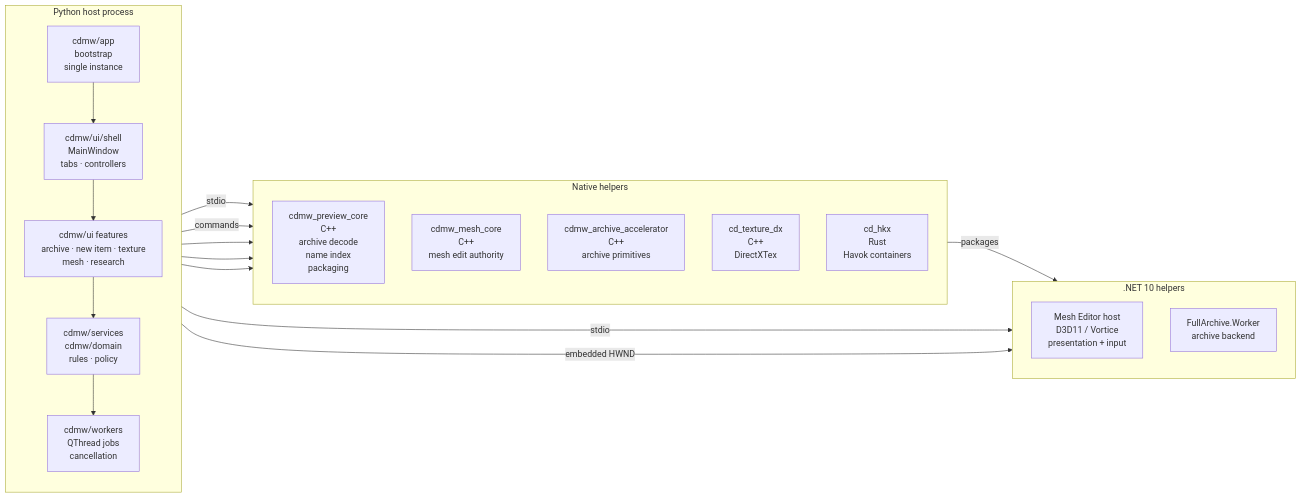
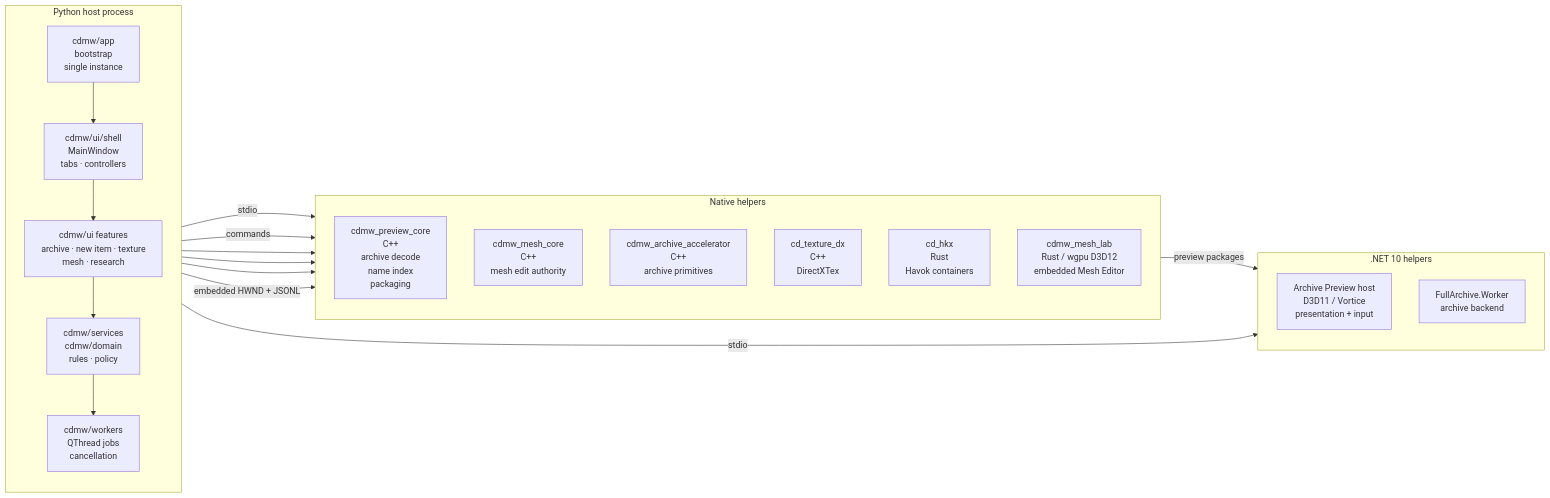
The second of 5 diagrams in README.md (Ratty123/CDMW-Full), drawn with Mermaid before and after one commit. The commit also changed other lines of this file and 253 other files, not shown here.

Commit message:
Make Rust the dedicated embedded mesh editor

````diff
--- a/README.md
+++ b/README.md
@@ -269,36 +270,37 @@
 ```mermaid
 flowchart LR
     subgraph host["Python host process"]
         direction TB
         APP["cdmw/app<br/>bootstrap<br/>single instance"]
         SHELL["cdmw/ui/shell<br/>MainWindow<br/>tabs · controllers"]
         FEAT["cdmw/ui features<br/>archive · new item · texture<br/>mesh · research"]
         SVC["cdmw/services<br/>cdmw/domain<br/>rules · policy"]
         WRK["cdmw/workers<br/>QThread jobs<br/>cancellation"]
         APP --> SHELL --> FEAT --> SVC --> WRK
     end
 
     subgraph native["Native helpers"]
         direction TB
         PREV["cdmw_preview_core<br/>C++<br/>archive decode<br/>name index<br/>packaging"]
         MESH["cdmw_mesh_core<br/>C++<br/>mesh edit authority"]
         ACC["cdmw_archive_accelerator<br/>C++<br/>archive primitives"]
         TEX["cd_texture_dx<br/>C++<br/>DirectXTex"]
         HKX["cd_hkx<br/>Rust<br/>Havok containers"]
+        RUSTEDIT["cdmw_mesh_lab<br/>Rust / wgpu D3D12<br/>embedded Mesh Editor"]
     end
 
     subgraph dotnet[".NET 10 helpers"]
         direction TB
-        EDITOR["Mesh Editor host<br/>D3D11 / Vortice<br/>presentation + input"]
+        ARCHPREVIEW["Archive Preview host<br/>D3D11 / Vortice<br/>presentation + input"]
         ARCH["FullArchive.Worker<br/>archive backend"]
     end
 
     WRK -->|stdio| PREV
     WRK -->|stdio| ARCH
     SVC -->|commands| MESH
     WRK --> ACC
     WRK --> TEX
     WRK --> HKX
-    FEAT -->|embedded HWND| EDITOR
-    PREV -->|packages| EDITOR
+    FEAT -->|embedded HWND + JSONL| RUSTEDIT
+    PREV -->|preview packages| ARCHPREVIEW
 ```
````
